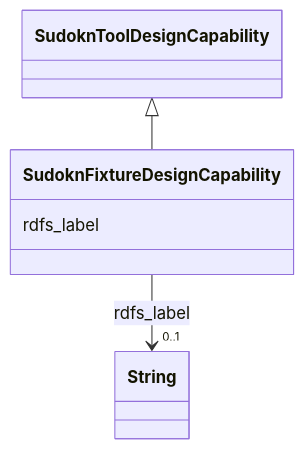
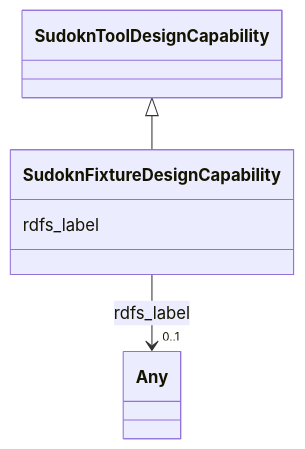
Before and after one commit to frink-okn/graph-descriptions: the diagram in sudokn-kg/classes/SudoknFixtureDesignCapability.md, drawn with Mermaid. The commit also changed other lines of this file and 903 other files, not shown here.

````diff
--- a/sudokn-kg/classes/SudoknFixtureDesignCapability.md
+++ b/sudokn-kg/classes/SudoknFixtureDesignCapability.md
@@ -23,18 +18,18 @@
 ```mermaid
  classDiagram
     class SudoknFixtureDesignCapability
     click SudoknFixtureDesignCapability href "../SudoknFixtureDesignCapability"
       SudoknToolDesignCapability <|-- SudoknFixtureDesignCapability
         click SudoknToolDesignCapability href "../SudoknToolDesignCapability"
       
       SudoknFixtureDesignCapability : rdfs_label
         
           
     
     
-    SudoknFixtureDesignCapability --> "0..1" String : rdfs_label
-    click String href "../String"
+    SudoknFixtureDesignCapability --> "0..1" Any : rdfs_label
+    click Any href "../Any"
 
         
       
 ```
````
